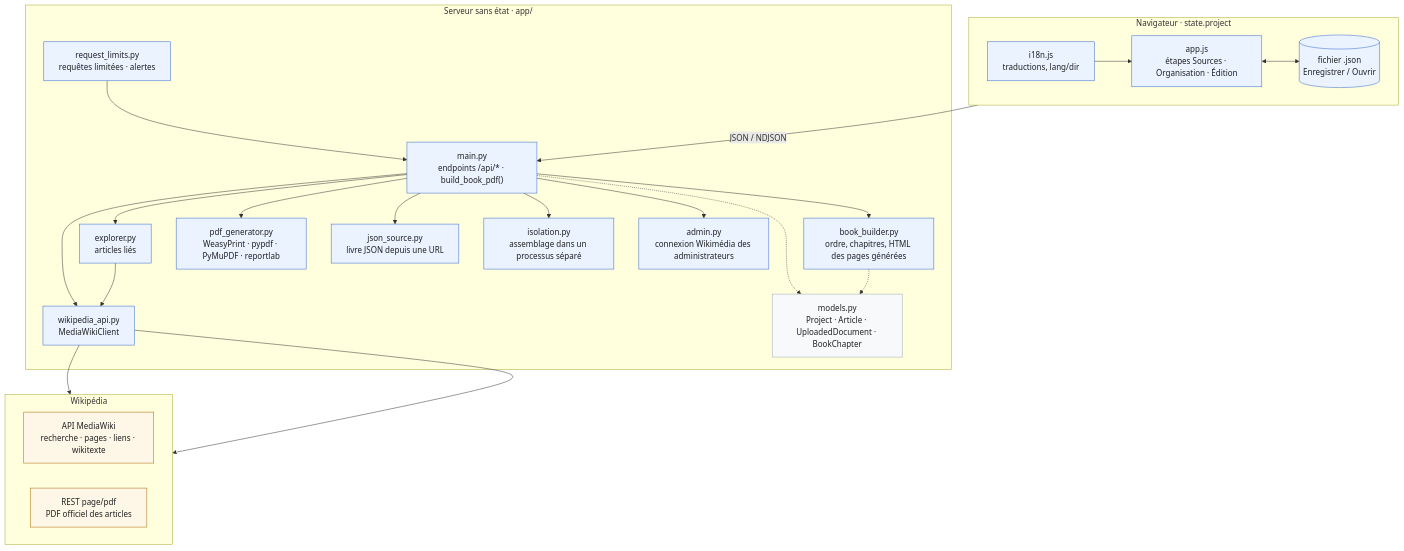
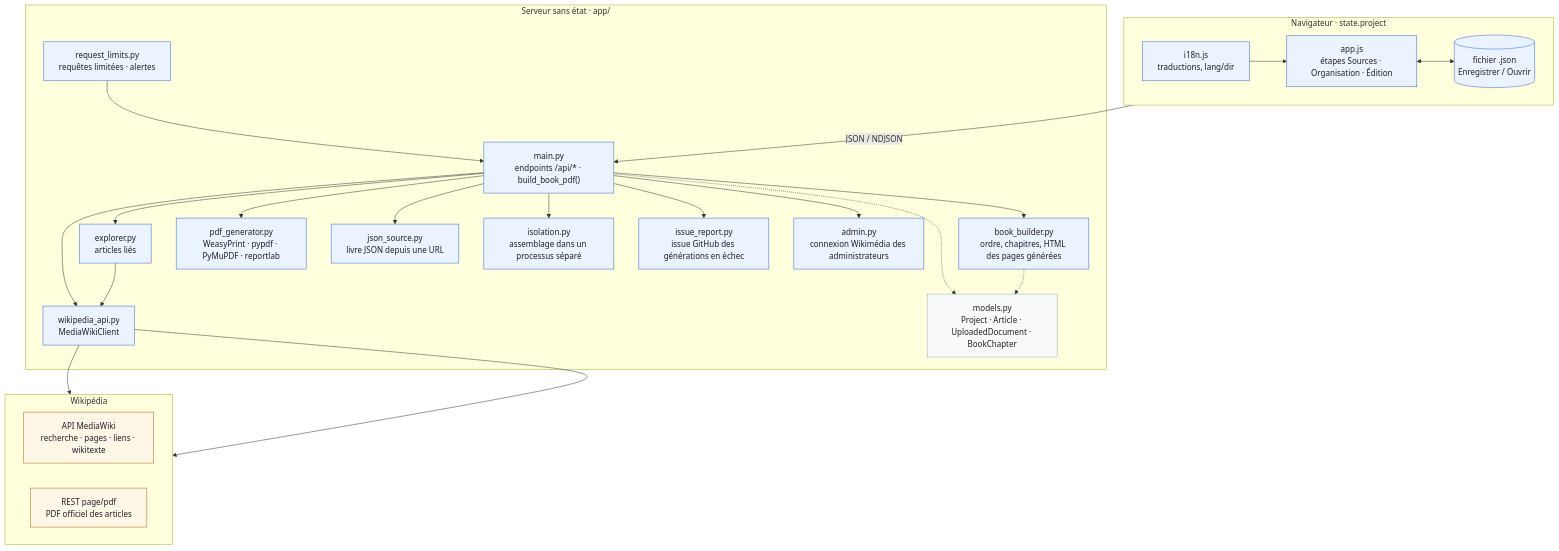
One commit to gmoulard/wikipedia2book changed the first of 2 diagrams in docs/TechnicalSpec.fr.md. Above: the diagram before and after it, drawn with Mermaid. The commit also changed other lines of this file and 12 other files, not shown here.

First line of the commit message:
Issue GitHub generationProbleme pour chaque génération en échec

````diff
--- a/docs/TechnicalSpec.fr.md
+++ b/docs/TechnicalSpec.fr.md
@@ -566,52 +570,54 @@
 ```mermaid
 flowchart TB
     subgraph Browser["Navigateur · state.project"]
         direction LR
         I18N["i18n.js<br/>traductions, lang/dir"]
         APP["app.js<br/>étapes Sources · Organisation · Édition"]
         FILE[("fichier .json<br/>Enregistrer / Ouvrir")]
         I18N --> APP
         APP <--> FILE
     end
 
     subgraph Server["Serveur sans état · app/"]
         MAIN["main.py<br/>endpoints /api/* · build_book_pdf()"]
         EXPL["explorer.py<br/>articles liés"]
         BB["book_builder.py<br/>ordre, chapitres, HTML des pages générées"]
         PDFG["pdf_generator.py<br/>WeasyPrint · pypdf · PyMuPDF · reportlab"]
         WAPI["wikipedia_api.py<br/>MediaWikiClient"]
         JSRC["json_source.py<br/>livre JSON depuis une URL"]
         GUARD["request_limits.py<br/>requêtes limitées · alertes"]
         GUARD --> MAIN
         MODELS["models.py<br/>Project · Article · UploadedDocument · BookChapter"]
         MAIN --> EXPL
         MAIN --> BB
         ISO["isolation.py<br/>assemblage dans un processus séparé"]
+        ISSUE["issue_report.py<br/>issue GitHub des générations en échec"]
+        MAIN --> ISSUE
         ADM["admin.py<br/>connexion Wikimédia des administrateurs"]
         MAIN --> ADM
         MAIN --> ISO
         MAIN --> PDFG
         MAIN --> WAPI
         MAIN --> JSRC
         EXPL --> WAPI
     end
 
     subgraph Wikipedia["Wikipédia"]
         direction LR
         MW["API MediaWiki<br/>recherche · pages · liens · wikitexte"]
         REST["REST page/pdf<br/>PDF officiel des articles"]
     end
 
     APP -- "JSON / NDJSON" --> MAIN
     WAPI --> MW
     WAPI --> REST
     MAIN -.-> MODELS
     BB -.-> MODELS
 
     classDef app fill:#eaf3ff,stroke:#3366cc,color:#202122
     classDef wiki fill:#fef6e7,stroke:#ac6600,color:#202122
     classDef shared fill:#f8f9fa,stroke:#a2a9b1,color:#202122
-    class I18N,APP,FILE,MAIN,EXPL,BB,PDFG,WAPI,ISO,JSRC,ADM,GUARD app
+    class I18N,APP,FILE,MAIN,EXPL,BB,PDFG,WAPI,ISO,JSRC,ADM,GUARD,ISSUE app
     class MW,REST wiki
     class MODELS shared
 ```
````
